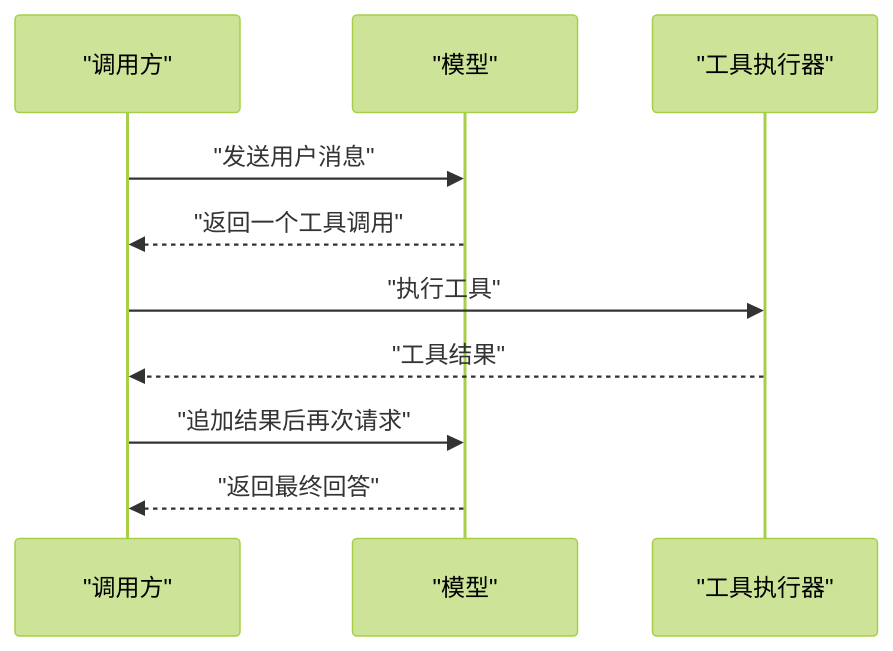
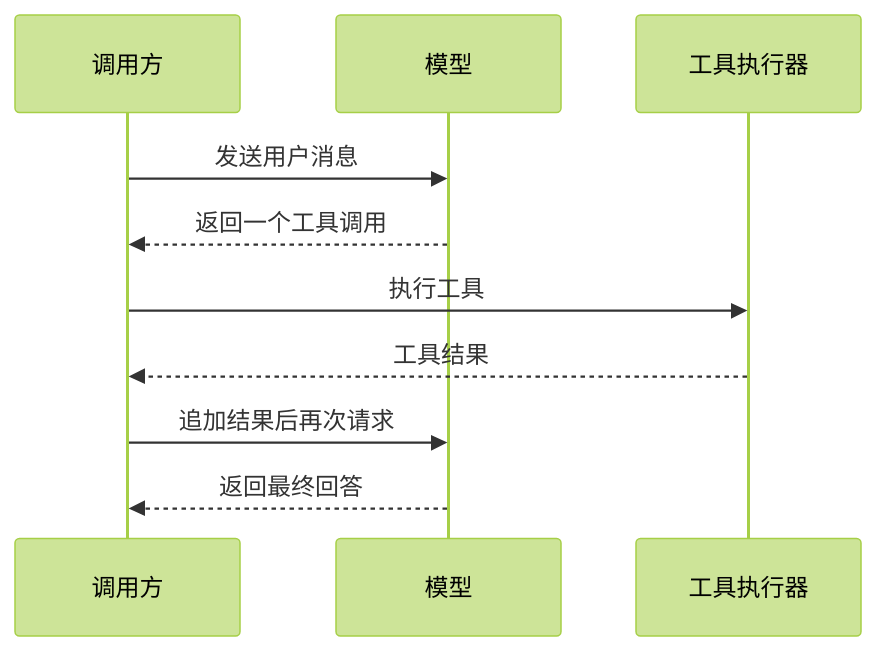
One commit to Shyu-x/frontend-interview changed the second of 7 diagrams in docs/minicode/day3-agent-loop-and-tools.md. Above: the diagram before and after it, drawn with Mermaid (forest theme). The commit also changed other lines of this file and 23 other files, not shown here.

First line of the commit message:
fix(docs): 修复 28 张无法渲染的 Mermaid 图，新增真实解析器校验与 PDF 下载页

````diff
--- a/docs/minicode/day3-agent-loop-and-tools.md
+++ b/docs/minicode/day3-agent-loop-and-tools.md
@@ -57,12 +57,12 @@
 ```mermaid
 sequenceDiagram
-  participant U as "调用方"
-  participant M as "模型"
-  participant T as "工具执行器"
-  U->>M: "发送用户消息"
-  M-->>U: "返回一个工具调用"
-  U->>T: "执行工具"
-  T-->>U: "工具结果"
-  U->>M: "追加结果后再次请求"
-  M-->>U: "返回最终回答"
+  participant U as 调用方
+  participant M as 模型
+  participant T as 工具执行器
+  U->>M: 发送用户消息
+  M-->>U: 返回一个工具调用
+  U->>T: 执行工具
+  T-->>U: 工具结果
+  U->>M: 追加结果后再次请求
+  M-->>U: 返回最终回答
 ```
````
